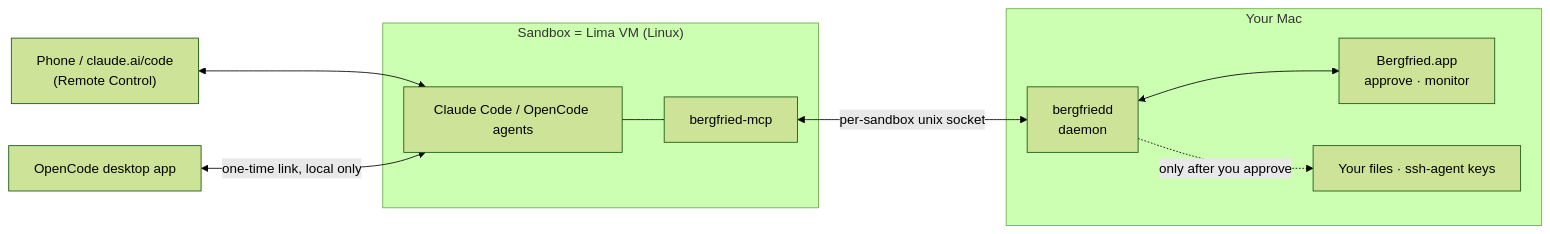
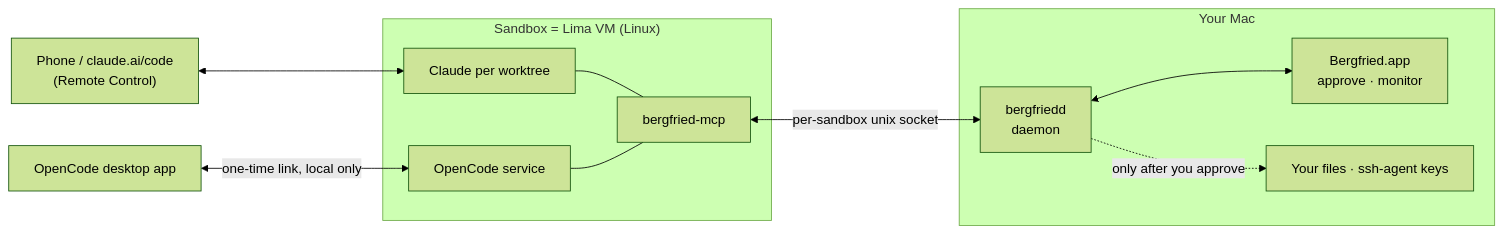
The diagram in README.md (DevertNet/bergfried), drawn with Mermaid (forest theme) before and after one commit. The commit also changed other lines of this file and 56 other files, not shown here.

First line of the commit message:
Rename agents to worktrees and separate Claude from OpenCode

````diff
--- a/README.md
+++ b/README.md
@@ -23,20 +23,22 @@
 ```mermaid
 flowchart LR
   phone["Phone / claude.ai/code<br/>(Remote Control)"]
   desktop["OpenCode desktop app"]
   subgraph vm["Sandbox = Lima VM (Linux)"]
-    agent["Claude Code / OpenCode agents"]
+    claude["Claude per worktree"]
+    oc["OpenCode service"]
     mcp["bergfried-mcp"]
-    agent --- mcp
+    claude --- mcp
+    oc --- mcp
   end
   subgraph mac["Your Mac"]
     daemon["bergfriedd<br/>daemon"]
     app["Bergfried.app<br/>approve · monitor"]
     data["Your files · ssh-agent keys"]
     daemon <--> app
     daemon -.->|"only after you approve"| data
   end
-  phone <--> agent
-  desktop <-->|"one-time link, local only"| agent
+  phone <--> claude
+  desktop <-->|"one-time link, local only"| oc
   mcp <-->|"per-sandbox unix socket"| daemon
 ```
````
